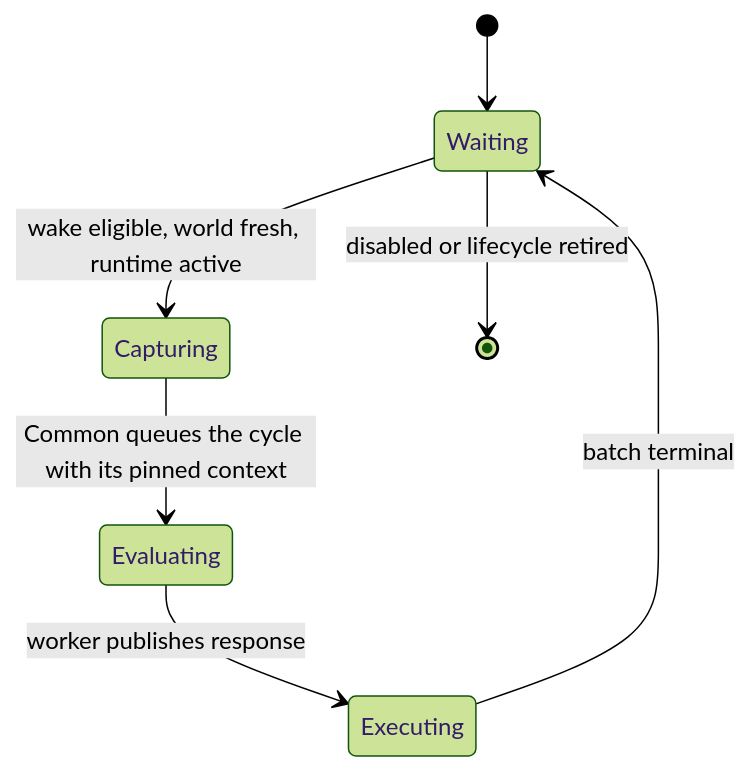
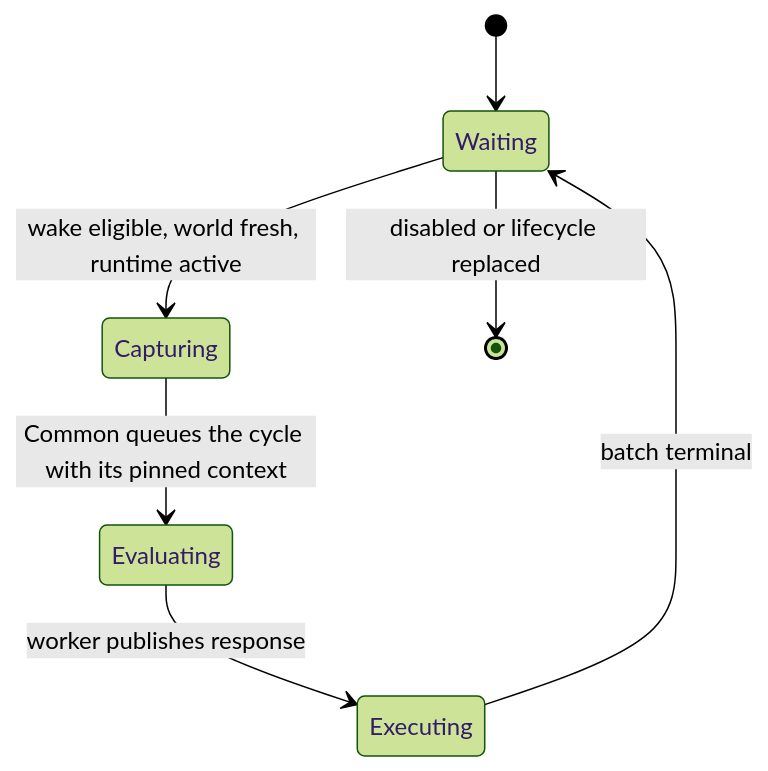
One commit to OrbAutomata/OrbOfCreation-ModSuite changed the diagram in docs/runtime-architecture/service-cycle-runtime.md. Above: the diagram before and after it, drawn with Mermaid (forest theme). The commit also changed other lines of this file and 676 other files, not shown here.

````diff
--- a/docs/runtime-architecture/service-cycle-runtime.md
+++ b/docs/runtime-architecture/service-cycle-runtime.md
@@ -28,9 +28,9 @@
 ```mermaid
 stateDiagram-v2
     [*] --> Waiting
     Waiting --> Capturing: wake eligible, world fresh, runtime active
     Capturing --> Evaluating: Common queues the cycle with its pinned context
     Evaluating --> Executing: worker publishes response
     Executing --> Waiting: batch terminal
-    Waiting --> [*]: disabled or lifecycle retired
+    Waiting --> [*]: disabled or lifecycle replaced
 ```
````
